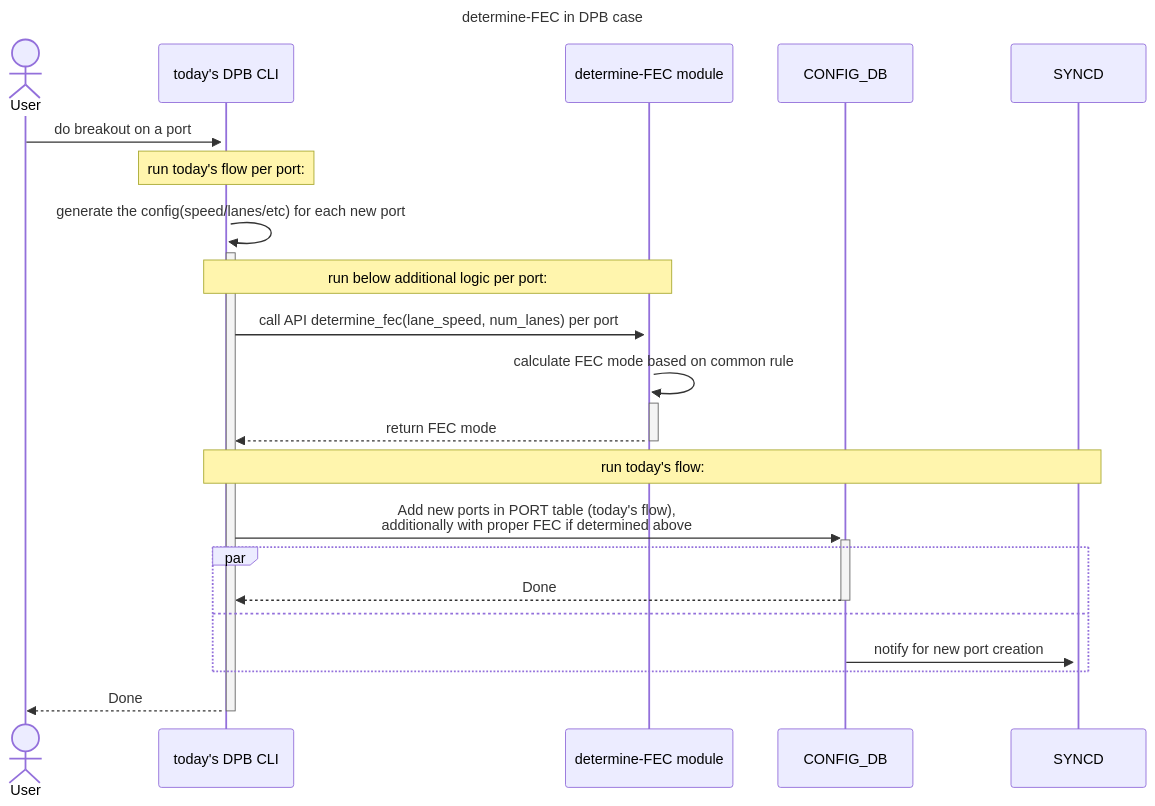
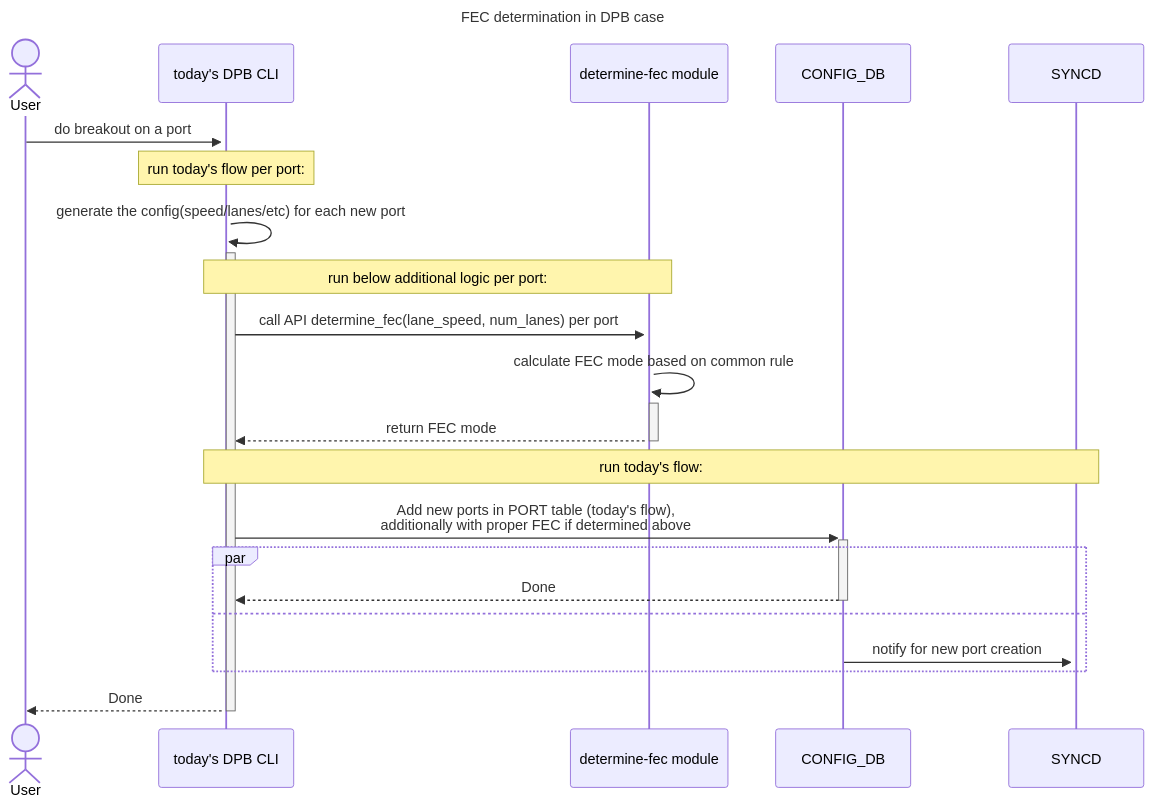
The first of 2 diagrams in doc/port-fec/fec-auto-determination.md (sonic-net/SONiC), drawn with Mermaid before and after one commit. The commit also changed other lines of this file, not shown here.

````diff
--- a/doc/port-fec/fec-auto-determination.md
+++ b/doc/port-fec/fec-auto-determination.md
@@ -111,31 +111,31 @@
 ```mermaid
 sequenceDiagram
-    title determine-FEC in DPB case
+    title FEC determination in DPB case
 
     actor user as User
     participant dpb_cli as today's DPB CLI
-    participant determine_fec as determine-FEC module
+    participant determine_fec as determine-fec module
     participant config_db as CONFIG_DB
     participant syncd as SYNCD
 
 
     user ->>+ dpb_cli: do breakout on a port
     note over dpb_cli: run today's flow per port:
     dpb_cli ->>+ dpb_cli: generate the config(speed/lanes/etc) for each new port
 
     note over dpb_cli,determine_fec: run below additional logic per port:
     dpb_cli ->>+ determine_fec: call API determine_fec(lane_speed, num_lanes) per port
     determine_fec ->>+ determine_fec: calculate FEC mode based on common rule
     determine_fec -->>- dpb_cli: return FEC mode
 
     note over dpb_cli, syncd: run today's flow:
     dpb_cli ->>+ config_db: Add new ports in PORT table (today's flow), <BR> additionally with proper FEC if determined above
 
     par
         config_db -->>- dpb_cli: Done
     and
         config_db ->>+ syncd: notify for new port creation
     end
 
     dpb_cli -->>- user: Done
 ```
````
